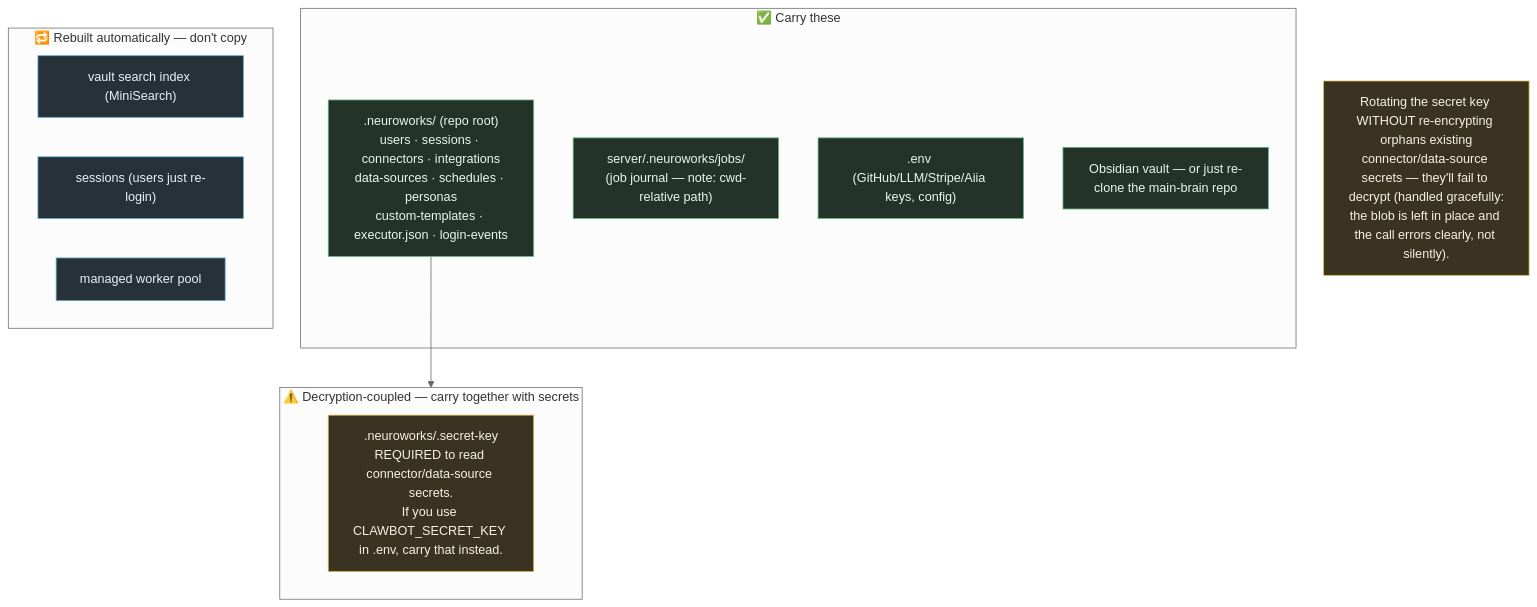
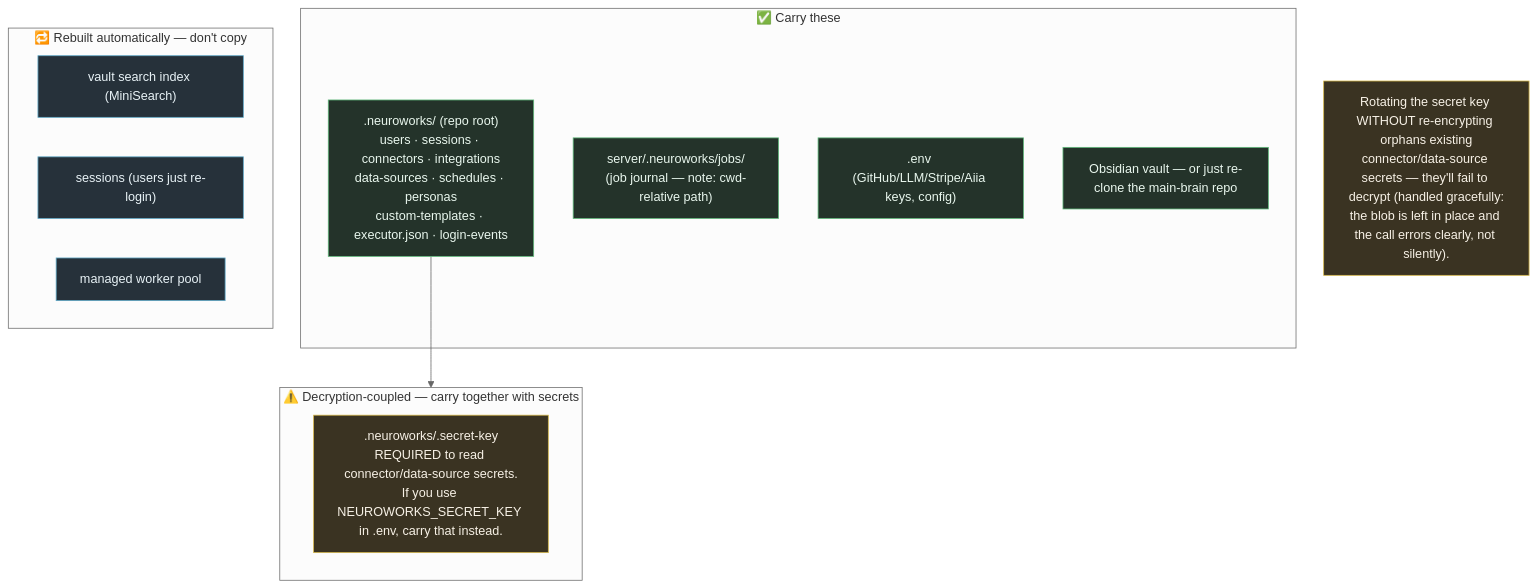
The fourth of 4 diagrams in docs/DATA-MIGRATION.md (RUBIEM-DEVELOPERS-REPO/neuroworks), drawn with Mermaid (neutral theme) before and after one commit. The commit also changed other lines of this file and 68 other files, not shown here.

First line of the commit message:
refactor: rename CLAWBOT_* env prefix and package identities to NEUROWORKS_*

````diff
--- a/docs/DATA-MIGRATION.md
+++ b/docs/DATA-MIGRATION.md
@@ -80,26 +80,26 @@
 ```mermaid
 flowchart TB
   classDef ok fill:#24332a,stroke:#5fb87a,color:#e9f7ee;
   classDef warn fill:#3a3322,stroke:#d6b84b,color:#f7f1e6;
   classDef rebuild fill:#26313a,stroke:#5fa8c7,color:#e9f3f7;
 
   subgraph PORT["✅ Carry these"]
     NW[".neuroworks/ (repo root)<br/>users · sessions · connectors · integrations<br/>data-sources · schedules · personas<br/>custom-templates · executor.json · login-events"]:::ok
     JOBS["server/.neuroworks/jobs/<br/>(job journal — note: cwd-relative path)"]:::ok
     ENVF[".env (GitHub/LLM/Stripe/Aiia keys, config)"]:::ok
     VLT["Obsidian vault — or just re-clone the main-brain repo"]:::ok
   end
 
   subgraph KEYED["⚠️ Decryption-coupled — carry together with secrets"]
-    SK[".neuroworks/.secret-key<br/>REQUIRED to read connector/data-source secrets.<br/>If you use CLAWBOT_SECRET_KEY in .env, carry that instead."]:::warn
+    SK[".neuroworks/.secret-key<br/>REQUIRED to read connector/data-source secrets.<br/>If you use NEUROWORKS_SECRET_KEY in .env, carry that instead."]:::warn
   end
 
   subgraph REBUILD["🔁 Rebuilt automatically — don't copy"]
     IDX["vault search index (MiniSearch)"]:::rebuild
     SESS["sessions (users just re-login)"]:::rebuild
     POOL["managed worker pool"]:::rebuild
   end
 
   NW --> KEYED
   NOTE["Rotating the secret key WITHOUT re-encrypting orphans existing<br/>connector/data-source secrets — they'll fail to decrypt (handled gracefully:<br/>the blob is left in place and the call errors clearly, not silently)."]:::warn
 ```
````
